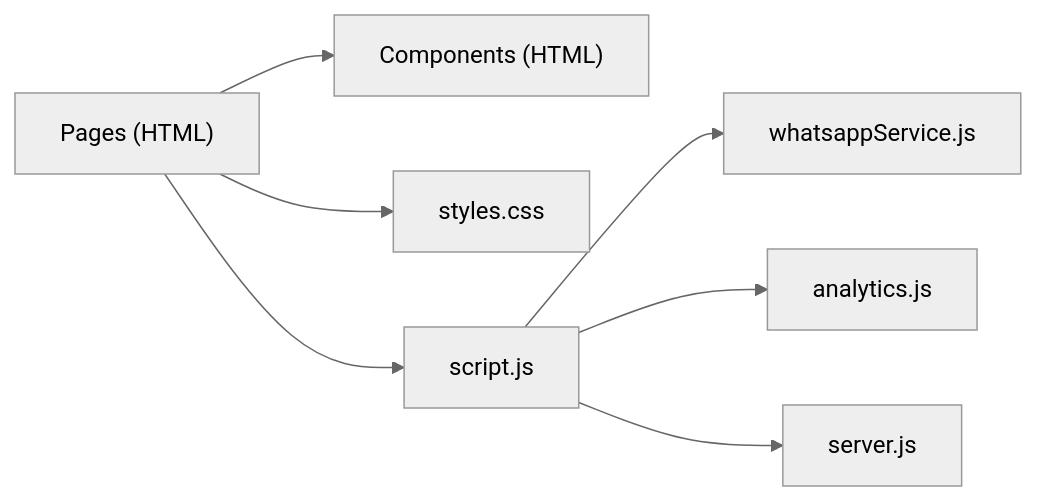
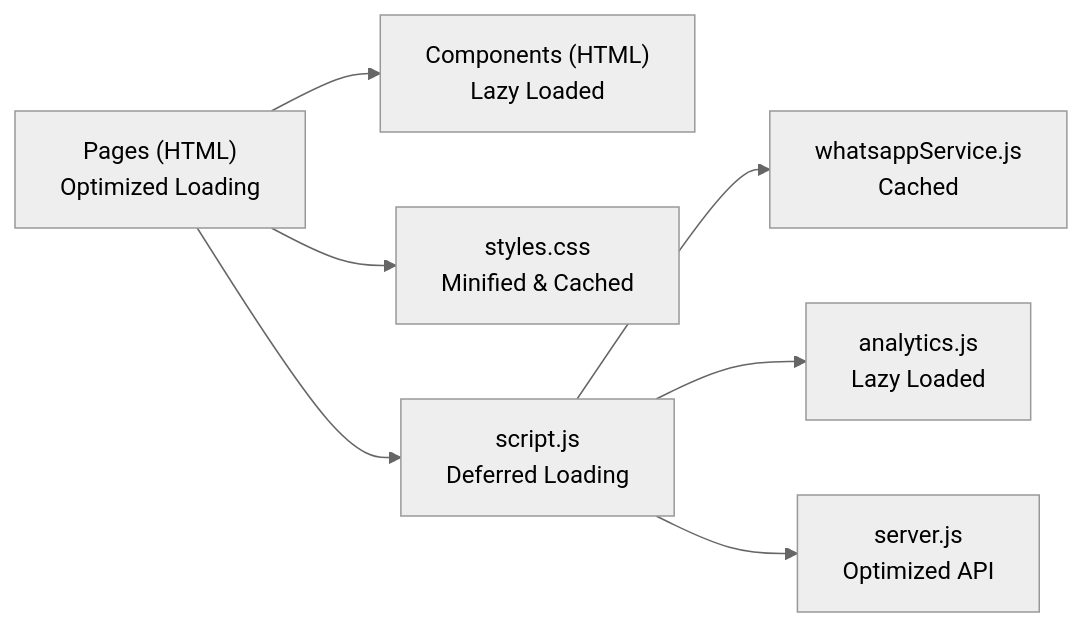
Before and after one commit to Dunstun2/GeniusMind-Home-Schooling: the eighth of 8 diagrams in .qoder/repowiki/en/content/Frontend Architecture/Frontend Architecture.md, drawn with Mermaid (neutral theme). The commit also changed other lines of this file and 42 other files, not shown here.

````diff
--- a/.qoder/repowiki/en/content/Frontend Architecture/Frontend Architecture.md
+++ b/.qoder/repowiki/en/content/Frontend Architecture/Frontend Architecture.md
@@ -421,9 +444,9 @@
 ```mermaid
 graph LR
-Pages["Pages (HTML)"] --> Components["Components (HTML)"]
-Pages --> Styles["styles.css"]
-Pages --> Scripts["script.js"]
-Scripts --> Utils["whatsappService.js"]
-Scripts --> Analytics["analytics.js"]
-Scripts --> Server["server.js"]
+Pages["Pages (HTML)<br/>Optimized Loading"] --> Components["Components (HTML)<br/>Lazy Loaded"]
+Pages --> Styles["styles.css<br/>Minified & Cached"]
+Pages --> Scripts["script.js<br/>Deferred Loading"]
+Scripts --> Utils["whatsappService.js<br/>Cached"]
+Scripts --> Analytics["analytics.js<br/>Lazy Loaded"]
+Scripts --> Server["server.js<br/>Optimized API"]
 ```
````
